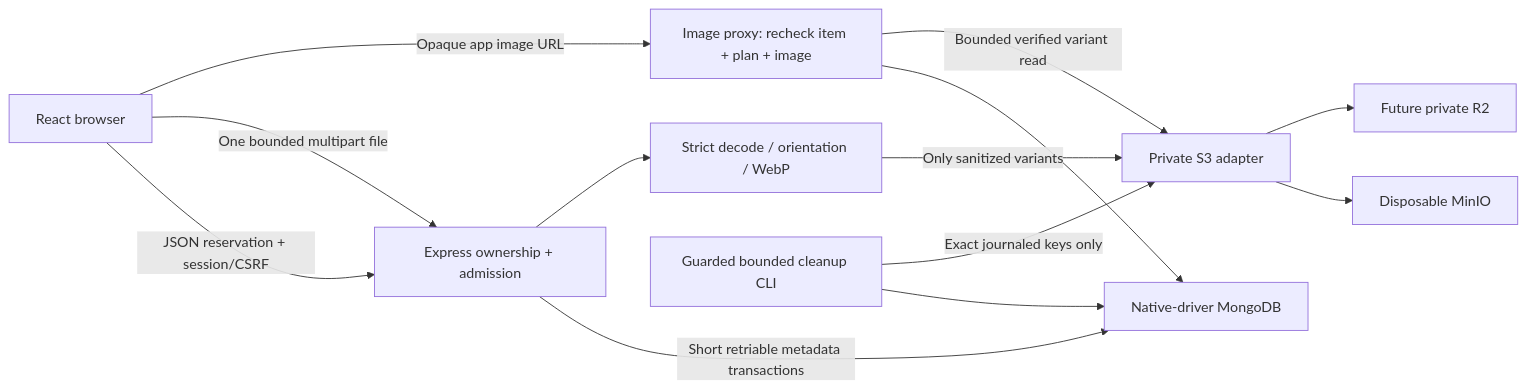
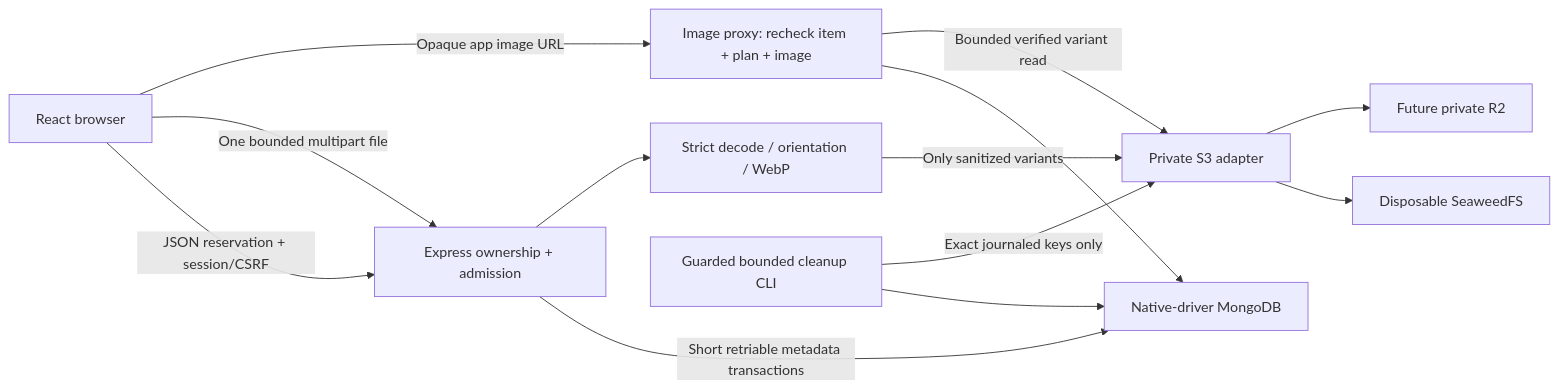
One commit to hhdg1515/fullstack-capstone-project changed the diagram in docs/milestone-6.5-photo-architecture.md. Above: the diagram before and after it, drawn with Mermaid. The commit also changed other lines of this file and 13 other files, not shown here.

````diff
--- a/docs/milestone-6.5-photo-architecture.md
+++ b/docs/milestone-6.5-photo-architecture.md
@@ -65,15 +67,15 @@
 ```mermaid
 flowchart LR
   Browser[React browser] -->|JSON reservation + session/CSRF| API[Express ownership + admission]
   Browser -->|One bounded multipart file| API
   API -->|Short retriable metadata transactions| Mongo[Native-driver MongoDB]
   API --> Processor[Strict decode / orientation / WebP]
   Processor -->|Only sanitized variants| Store[Private S3 adapter]
-  Store --> Local[Disposable MinIO]
+  Store --> Local[Disposable SeaweedFS]
   Store --> Future[Future private R2]
   Browser -->|Opaque app image URL| Read[Image proxy: recheck item + plan + image]
   Read --> Mongo
   Read -->|Bounded verified variant read| Store
   Cleanup[Guarded bounded cleanup CLI] --> Mongo
   Cleanup -->|Exact journaled keys only| Store
 ```
````
